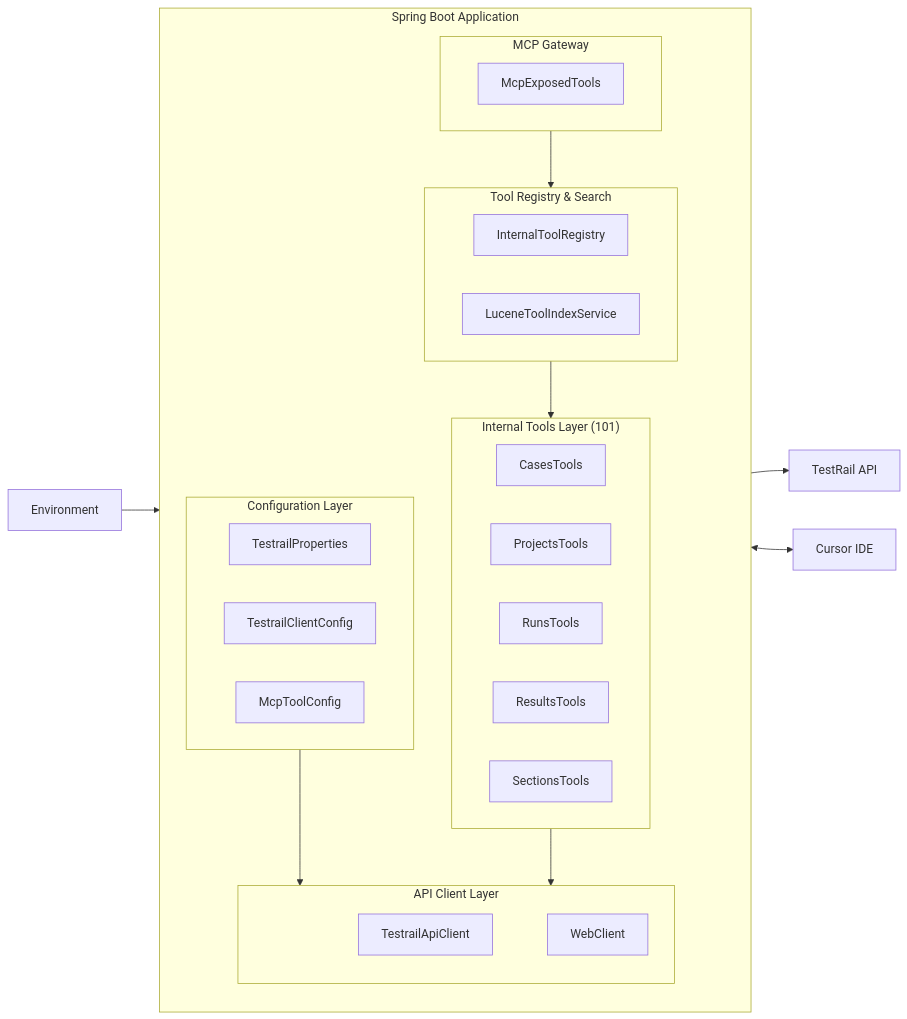
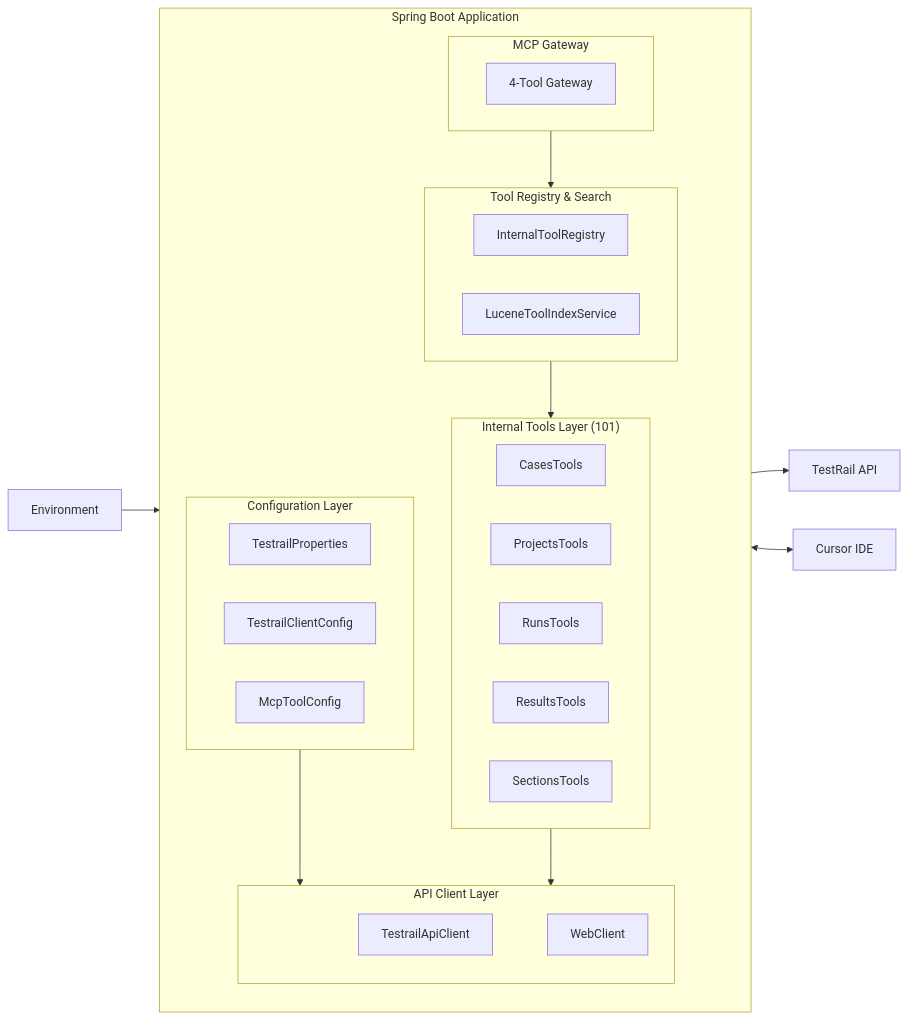
One commit to maheshyaddanapudi/testrail-mcp-server changed the second of 2 diagrams in README.md. Above: the diagram before and after it, drawn with Mermaid. The commit also changed other lines of this file and 3 other files, not shown here.

First line of the commit message:
docs: update documentation for 4-tool gateway pattern with dual discovery paths

````diff
--- a/README.md
+++ b/README.md
@@ -99,44 +100,44 @@
 ```mermaid
 flowchart LR
     subgraph SpringBoot["Spring Boot Application"]
         direction TB
 
         subgraph Config["Configuration Layer"]
             TP[TestrailProperties]
             TCC[TestrailClientConfig]
             MCC[McpToolConfig]
         end
 
         subgraph Client["API Client Layer"]
             TAC[TestrailApiClient]
             WC[WebClient]
         end
 
         subgraph RegistryLayer["Tool Registry & Search"]
             Registry[InternalToolRegistry]
             Lucene[LuceneToolIndexService]
         end
 
         subgraph McpLayer["MCP Gateway"]
-            McpExposed[McpExposedTools]
+            McpExposed[4-Tool Gateway]
         end
 
         subgraph ToolsLayer["Internal Tools Layer (101)"]
             direction LR
             CT[CasesTools]
             PT[ProjectsTools]
             RT[RunsTools]
             RST[ResultsTools]
             ST[SectionsTools]
         end
 
         Config --> Client
         RegistryLayer --> ToolsLayer
         McpLayer --> RegistryLayer
         ToolsLayer --> Client
     end
 
     ENV[Environment] --> Config
     TAC --> API[TestRail API]
     McpLayer <--> Cursor[Cursor IDE]
 ```
````
